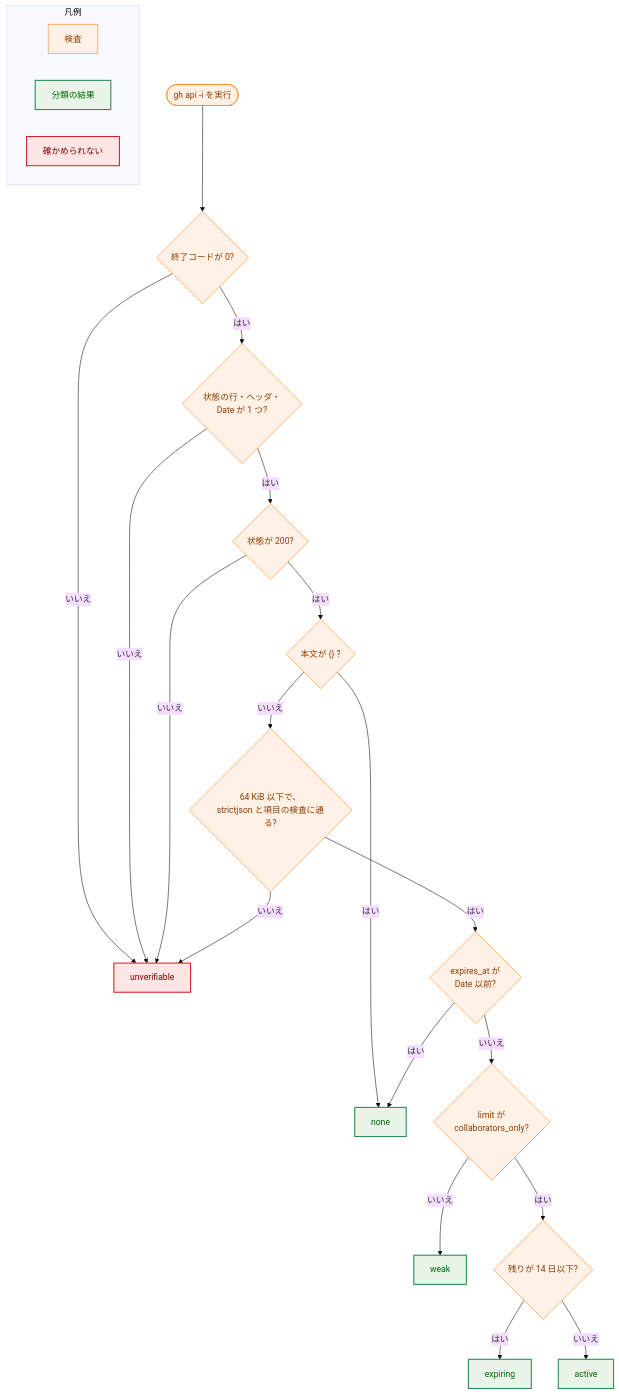
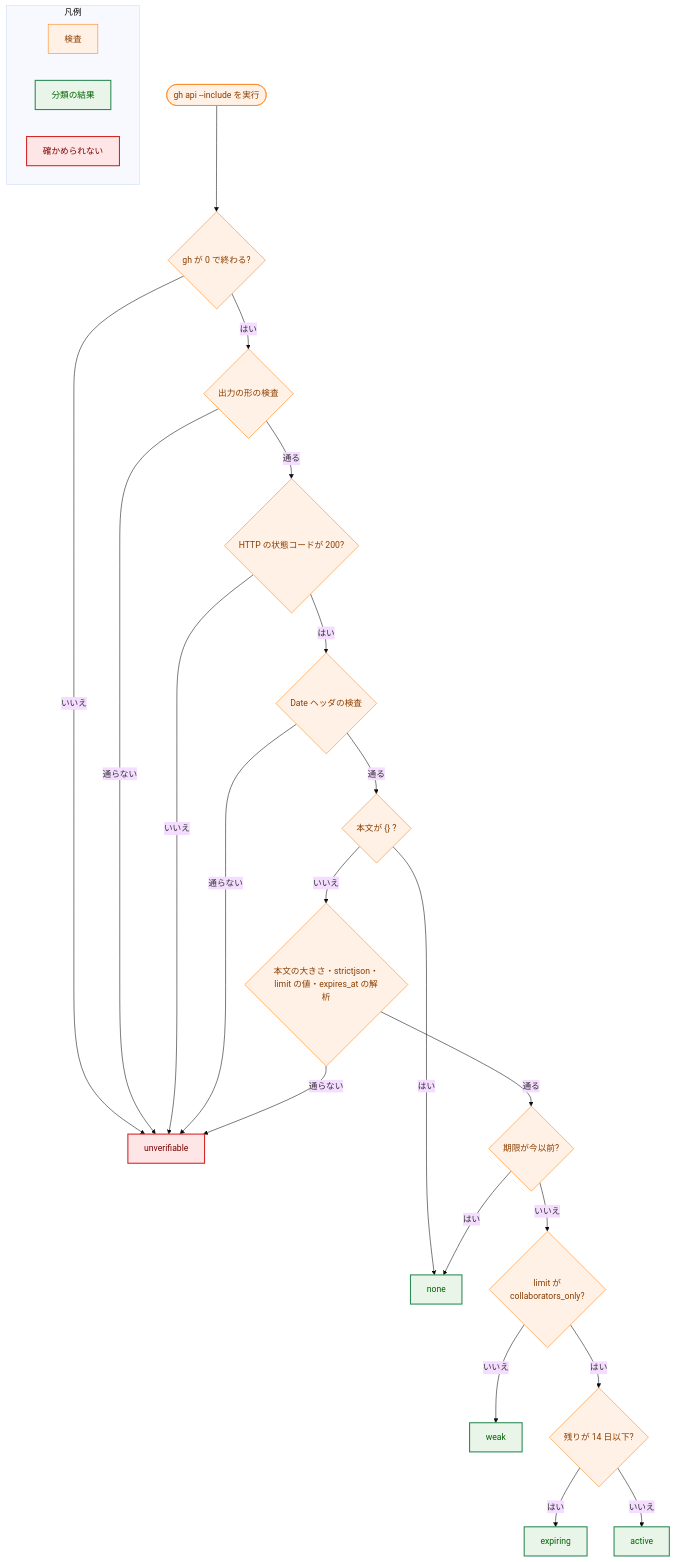
The fifth of 5 diagrams in docs/tasks/0057_reviewer_relay_guard/02_architecture.md (isseis/yt2column), drawn with Mermaid (base theme) before and after one commit. The commit also changed other lines of this file and 1 other file, not shown here.

First line of the commit message:
docs(0057): apply the architecture review and record the requirement changes

````diff
--- a/docs/tasks/0057_reviewer_relay_guard/02_architecture.md
+++ b/docs/tasks/0057_reviewer_relay_guard/02_architecture.md
@@ -608,37 +699,39 @@
 ```mermaid
 flowchart TD
     classDef process fill:#fff1e6,stroke:#ff7f0e,stroke-width:1px,color:#8a3e00;
     classDef enhanced fill:#e8f5e8,stroke:#2e8b57,stroke-width:2px,color:#006400;
     classDef problem fill:#ffe6e6,stroke:#d62728,stroke-width:2px,color:#7b0000;
 
-    S(["gh api -i を実行"]) --> E{"終了コードが 0?"}
+    S(["gh api --include を実行"]) --> E{"gh が 0 で終わる?"}
     E -->|"いいえ"| U["unverifiable"]
-    E -->|"はい"| H{"状態の行・ヘッダ・<br>Date が 1 つ?"}
-    H -->|"いいえ"| U
-    H -->|"はい"| ST{"状態が 200?"}
+    E -->|"はい"| H{"出力の形の検査"}
+    H -->|"通らない"| U
+    H -->|"通る"| ST{"HTTP の状態コードが 200?"}
     ST -->|"いいえ"| U
-    ST -->|"はい"| N1{"本文が {} ?"}
+    ST -->|"はい"| DT{"Date ヘッダの検査"}
+    DT -->|"通らない"| U
+    DT -->|"通る"| N1{"本文が {} ?"}
     N1 -->|"はい"| NONE["none"]
-    N1 -->|"いいえ"| B{"64 KiB 以下で、<br>strictjson と項目の検査に通る?"}
-    B -->|"いいえ"| U
-    B -->|"はい"| X{"expires_at が<br>Date 以前?"}
+    N1 -->|"いいえ"| B{"本文の大きさ・strictjson・<br>limit の値・expires_at の解析"}
+    B -->|"通らない"| U
+    B -->|"通る"| X{"期限が今以前?"}
     X -->|"はい"| NONE
     X -->|"いいえ"| W{"limit が<br>collaborators_only?"}
     W -->|"いいえ"| WEAK["weak"]
     W -->|"はい"| D{"残りが 14 日以下?"}
     D -->|"はい"| EXP["expiring"]
     D -->|"いいえ"| ACT["active"]
 
-    class S,E,H,ST,N1,B,X,W,D process
+    class S,E,H,ST,DT,N1,B,X,W,D process
     class NONE,WEAK,EXP,ACT enhanced
     class U problem
 
     subgraph Legend["凡例"]
         LG1["検査"]
         LG2["分類の結果"]
         LG3["確かめられない"]
     end
     class LG1 process
     class LG2 enhanced
     class LG3 problem
 ```
````
